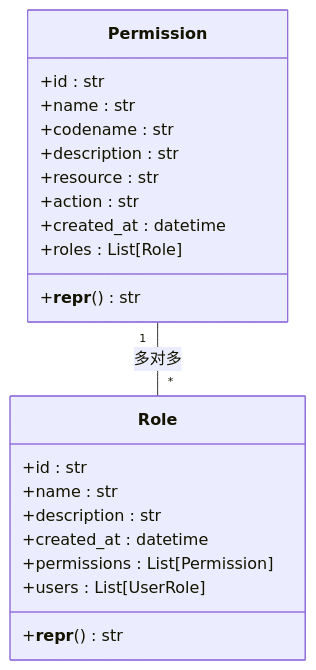
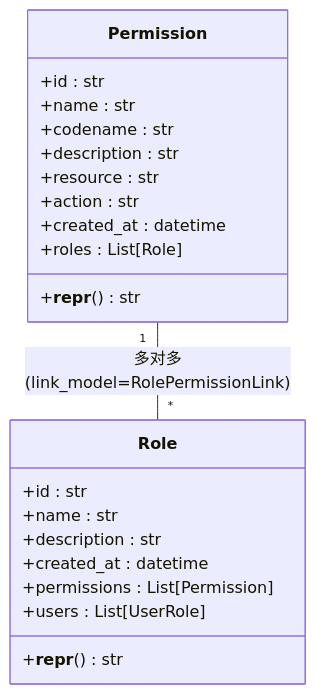
One commit to taoweidong/Hello-FastApi changed the fourth of 9 diagrams in .qoder/repowiki/zh/content/数据模型设计/RBAC实体模型.md. Above: the diagram before and after it, drawn with Mermaid. The commit also changed other lines of this file and 11 other files, not shown here.

````diff
--- a/.qoder/repowiki/zh/content/数据模型设计/RBAC实体模型.md
+++ b/.qoder/repowiki/zh/content/数据模型设计/RBAC实体模型.md
@@ -219,24 +245,24 @@
 ```mermaid
 classDiagram
 class Permission {
 +id : str
 +name : str
 +codename : str
 +description : str
 +resource : str
 +action : str
 +created_at : datetime
 +roles : List[Role]
 +__repr__() str
 }
 class Role {
 +id : str
 +name : str
 +description : str
 +created_at : datetime
 +permissions : List[Permission]
 +users : List[UserRole]
 +__repr__() str
 }
-Permission "1" -- "*" Role : 多对多
+Permission "1" -- "*" Role : 多对多(link_model=RolePermissionLink)
 ```
````
